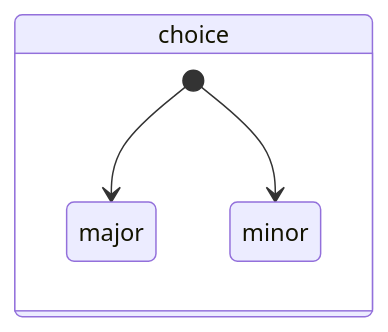
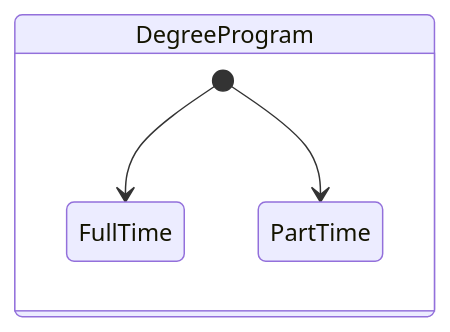
One commit to christopher3810/DevBookStudies changed the first of 5 diagrams in Database/관계형 데이터 모델링 핵심 가이드/6회차 슈퍼타입 과 서브타입/Ch6-1 슈퍼 타입 과 서브 타입 정의.md. Above: the diagram before and after it, drawn with Mermaid. The commit also changed other lines of this file, not shown here.

Commit message:
학생 예제 부적절함으로 판단, 풀타임 하프타임 예제로 변경

````diff
--- a/Database/관계형 데이터 모델링 핵심 가이드/6회차 슈퍼타입 과 서브타입/Ch6-1 슈퍼 타입 과 서브 타입 정의.md
+++ b/Database/관계형 데이터 모델링 핵심 가이드/6회차 슈퍼타입 과 서브타입/Ch6-1 슈퍼 타입 과 서브 타입 정의.md
@@ -48,11 +50,10 @@
 ```mermaid
 stateDiagram
-    state choice {
-        [*] --> major
-        [*] --> minor
+    state DegreeProgram {
+        [*] --> FullTime
+        [*] --> PartTime
     }
     
-    state major
-    state minor
-
+    state FullTime
+    state PartTime
 ```
````
